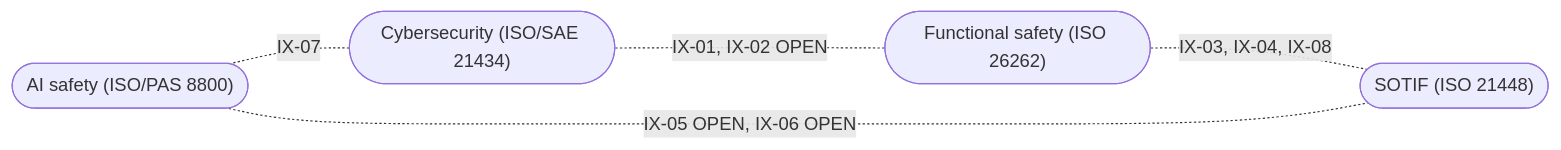
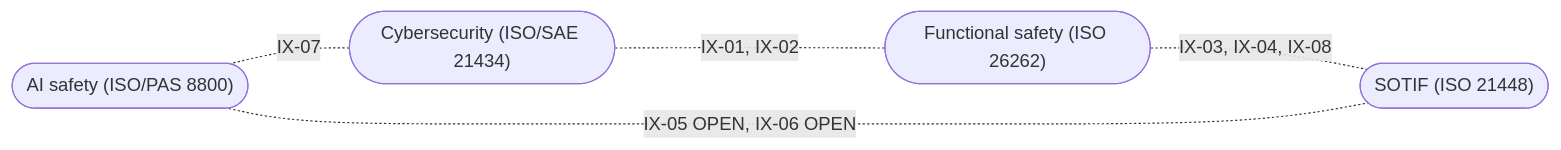
One commit to jherrodthomas/LionDriver changed the second of 2 diagrams in assurance/process/maps/g1-concept.md. Above: the diagram before and after it, drawn with Mermaid. The commit also changed other lines of this file and 16 other files, not shown here.

````diff
--- a/assurance/process/maps/g1-concept.md
+++ b/assurance/process/maps/g1-concept.md
@@ -78,11 +78,11 @@
 ```mermaid
 flowchart LR
   fusa(["Functional safety (ISO 26262)"])
   sotif(["SOTIF (ISO 21448)"])
   ai(["AI safety (ISO/PAS 8800)"])
   cs(["Cybersecurity (ISO/SAE 21434)"])
-  cs -. "IX-01, IX-02 OPEN" .- fusa
+  cs -. "IX-01, IX-02" .- fusa
   fusa -. "IX-03, IX-04, IX-08" .- sotif
   ai -. "IX-05 OPEN, IX-06 OPEN" .- sotif
   ai -. "IX-07" .- cs
 ```
````
